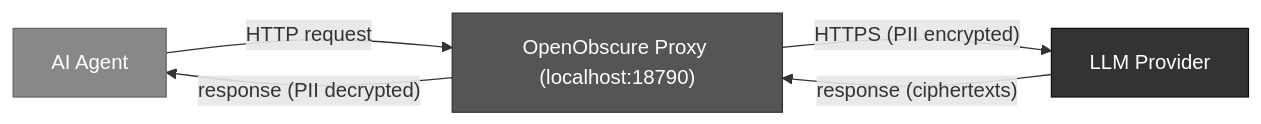
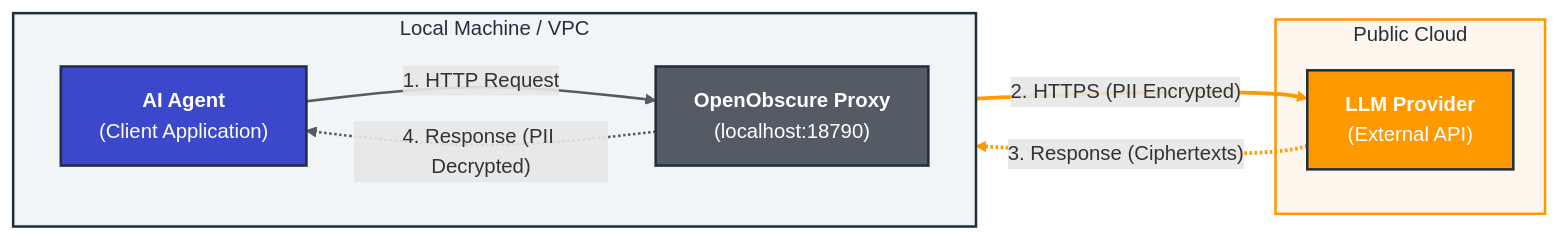
Before and after one commit to OpenObscure/OpenObscure: the first of 5 diagrams in README.md, drawn with Mermaid. The commit also changed other lines of this file and 3 other files, not shown here.

First line of the commit message:
Apply consistent color palette across all mermaid diagrams

````diff
--- a/README.md
+++ b/README.md
@@ -22,11 +22,38 @@
 ```mermaid
 flowchart LR
-    agent["AI Agent"] -- "HTTP request" --> proxy["OpenObscure Proxy (localhost:18790)"]
-    proxy -- "HTTPS (PII encrypted)" --> llm["LLM Provider"]
-    llm -- "response (ciphertexts)" --> proxy
-    proxy -- "response (PII decrypted)" --> agent
+    %% Direction and Grouping
+    subgraph LocalEnv [" Local Machine / VPC "]
+        direction LR
+        agent["<b>AI Agent</b><br/>(Client Application)"]
+        proxy["<b>OpenObscure Proxy</b><br/>(localhost:18790)"]
+    end
 
-    style agent fill:#888,stroke:#666,color:#fff
-    style proxy fill:#555,stroke:#333,color:#fff
-    style llm fill:#333,stroke:#111,color:#fff
+    subgraph External [" Public Cloud "]
+        llm["<b>LLM Provider</b><br/>(External API)"]
+    end
+
+    %% Solid lines for outward requests
+    agent -- "1. HTTP Request" --> proxy
+    proxy == "2. HTTPS (PII Encrypted)" ==> llm
+    
+    %% Dashed lines for returning responses
+    llm -. "3. Response (Ciphertexts)" .-> proxy
+    proxy -. "4. Response (PII Decrypted)" .-> agent
+
+    %% --- AWS STYLE STYLING ---
+    
+    %% Local/Compute Styling (AWS Blue)
+    style LocalEnv fill:#f2f5f7,stroke:#232F3E,stroke-width:2px,color:#232F3E
+    style agent fill:#3b48cc,stroke:#232F3E,stroke-width:2px,color:#fff
+    
+    %% Proxy/Security Styling (AWS Slate/Grey)
+    style proxy fill:#545b64,stroke:#232F3E,stroke-width:2px,color:#fff
+
+    %% External Provider Styling (AWS Orange)
+    style External fill:#fff7ed,stroke:#ff9900,stroke-width:2px,color:#232F3E
+    style llm fill:#ff9900,stroke:#232F3E,stroke-width:2px,color:#fff
+
+    %% Link Styling
+    linkStyle 0,3 stroke:#545b64,stroke-width:2px
+    linkStyle 1,2 stroke:#ff9900,stroke-width:3px
 ```
````
